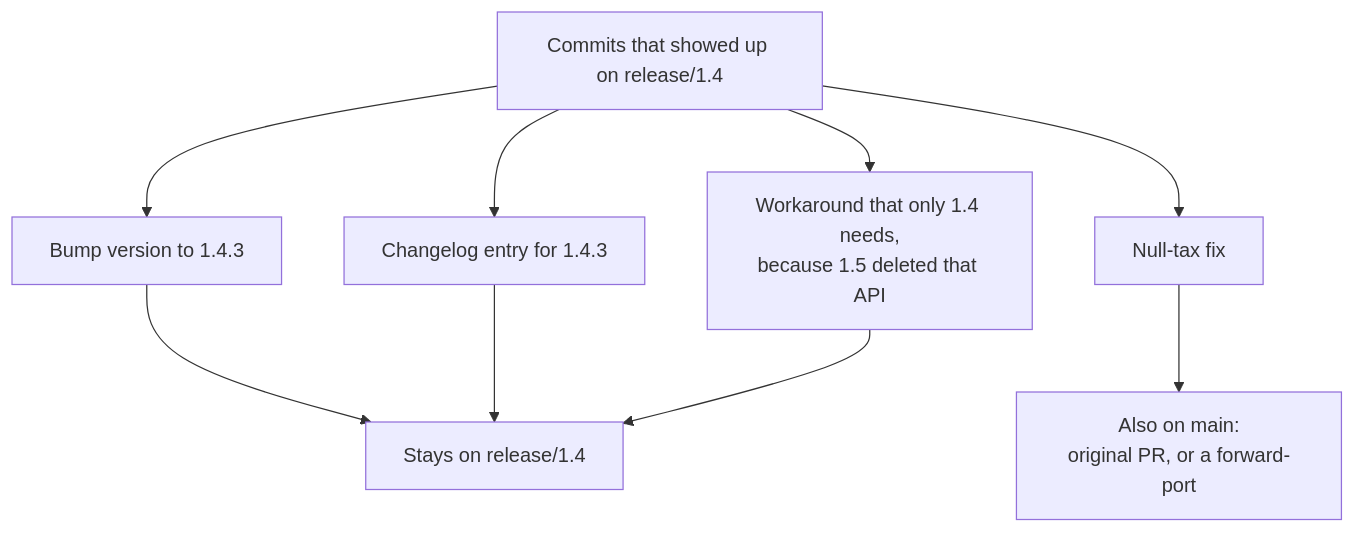
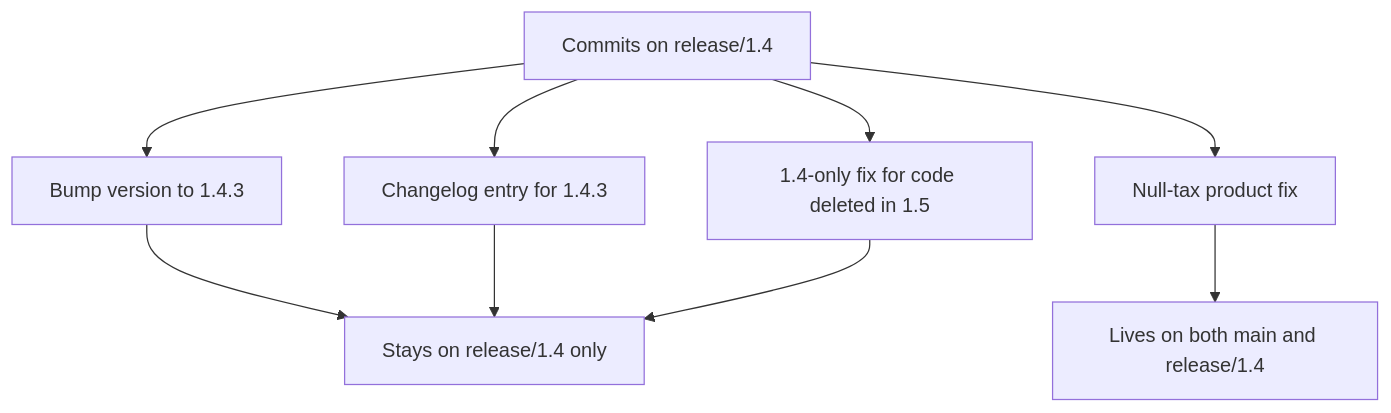
The tenth of 12 diagrams in DEVELOPER_GUIDE.md (igrbesa/Release-versioning-options), drawn with Mermaid before and after one commit. The commit also changed other lines of this file, not shown here.

````diff
--- a/DEVELOPER_GUIDE.md
+++ b/DEVELOPER_GUIDE.md
@@ -627,12 +680,12 @@
 ```mermaid
 flowchart TD
-    rel["Commits that showed up on release/1.4"]
+    rel["Commits on release/1.4"]
     rel --> bump["Bump version to 1.4.3"]
     rel --> notes["Changelog entry for 1.4.3"]
-    rel --> workaround["Workaround that only 1.4 needs,<br/>because 1.5 deleted that API"]
-    rel --> fix["Null-tax fix"]
-    bump --> stay["Stays on release/1.4"]
+    rel --> workaround["1.4-only fix for code deleted in 1.5"]
+    rel --> fix["Null-tax product fix"]
+    bump --> stay["Stays on release/1.4 only"]
     notes --> stay
     workaround --> stay
-    fix --> both["Also on main:<br/>original PR, or a forward-port"]
+    fix --> both["Lives on both main and release/1.4"]
 ```
````
